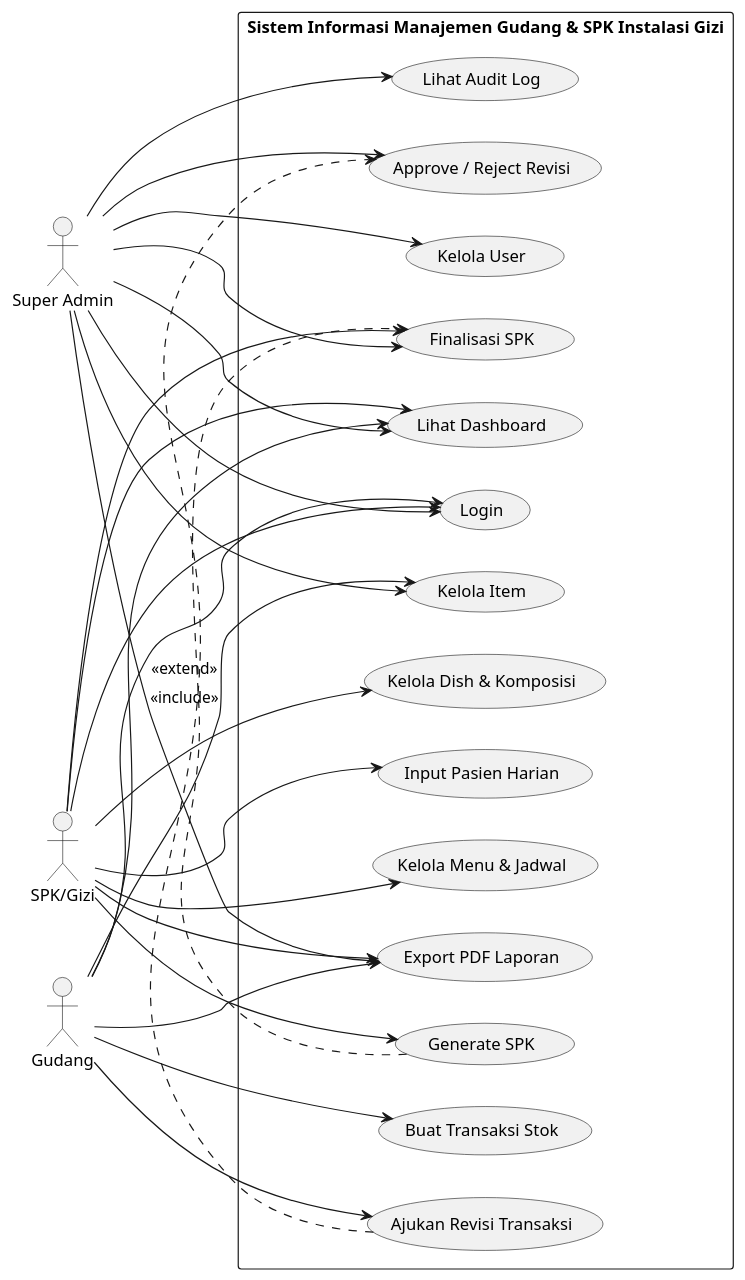
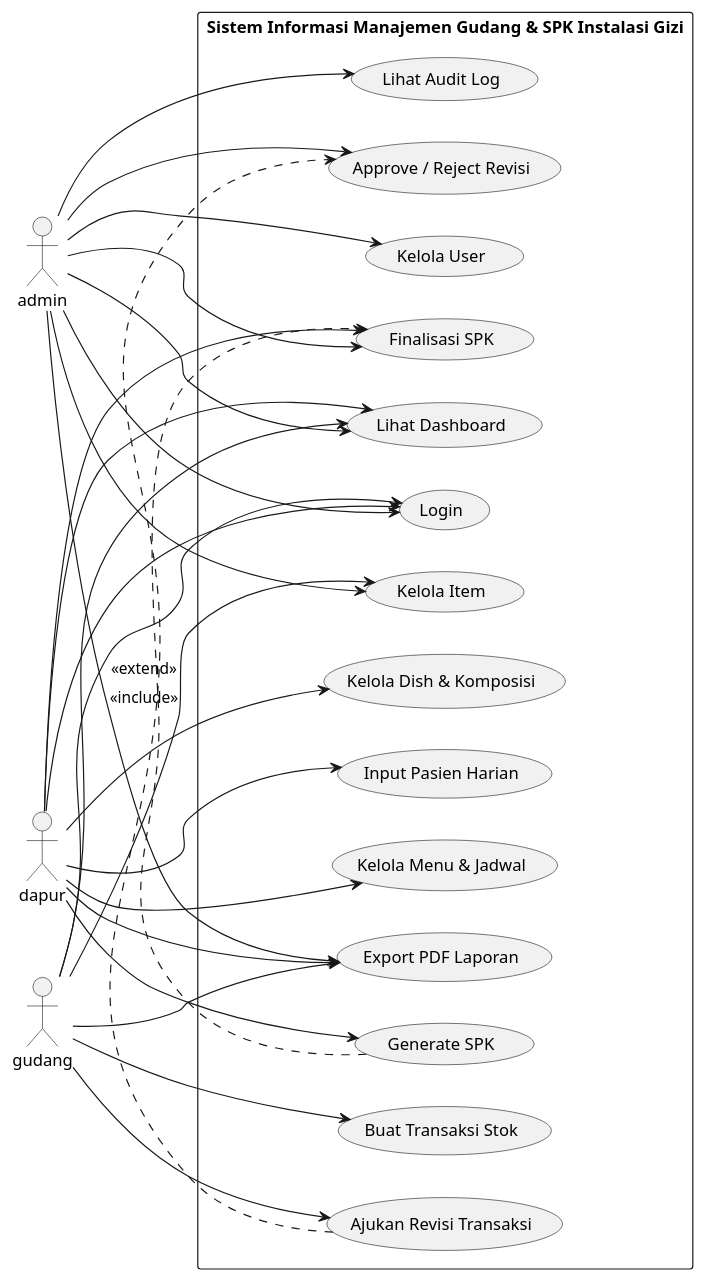
Before and after one commit to MasFana/Capstone: the diagram in backend/docs/use-case-diagram.md, drawn with PlantUML. The commit also changed other lines of this file and 16 other files, not shown here.

````diff
--- a/backend/docs/use-case-diagram.md
+++ b/backend/docs/use-case-diagram.md
@@ -40,54 +40,54 @@
 ```plantuml
 @startuml
 left to right direction
 
-actor "Super Admin" as SA
-actor "SPK/Gizi" as SG
-actor "Gudang" as G
+actor "admin" as SA
+actor "dapur" as SG
+actor "gudang" as G
 
 rectangle "Sistem Informasi Manajemen Gudang & SPK Instalasi Gizi" {
   usecase "Login" as UC1
   usecase "Kelola User" as UC2
   usecase "Kelola Item" as UC3
   usecase "Kelola Dish & Komposisi" as UC4
   usecase "Kelola Menu & Jadwal" as UC5
   usecase "Input Pasien Harian" as UC6
   usecase "Buat Transaksi Stok" as UC7
   usecase "Ajukan Revisi Transaksi" as UC8
   usecase "Approve / Reject Revisi" as UC9
   usecase "Generate SPK" as UC10
   usecase "Finalisasi SPK" as UC11
   usecase "Lihat Dashboard" as UC12
   usecase "Lihat Audit Log" as UC13
   usecase "Export PDF Laporan" as UC14
 }
 
 SA --> UC1
 SA --> UC2
 SA --> UC3
 SA --> UC9
 SA --> UC11
 SA --> UC12
 SA --> UC13
 SA --> UC14
 
 SG --> UC1
 SG --> UC4
 SG --> UC5
 SG --> UC6
 SG --> UC10
 SG --> UC11
 SG --> UC12
 SG --> UC14
 
 G --> UC1
 G --> UC3
 G --> UC7
 G --> UC8
 G --> UC12
 G --> UC14
 
 UC8 .> UC9 : <<extend>>
 UC10 .> UC11 : <<include>>
 @enduml
 ```
````
